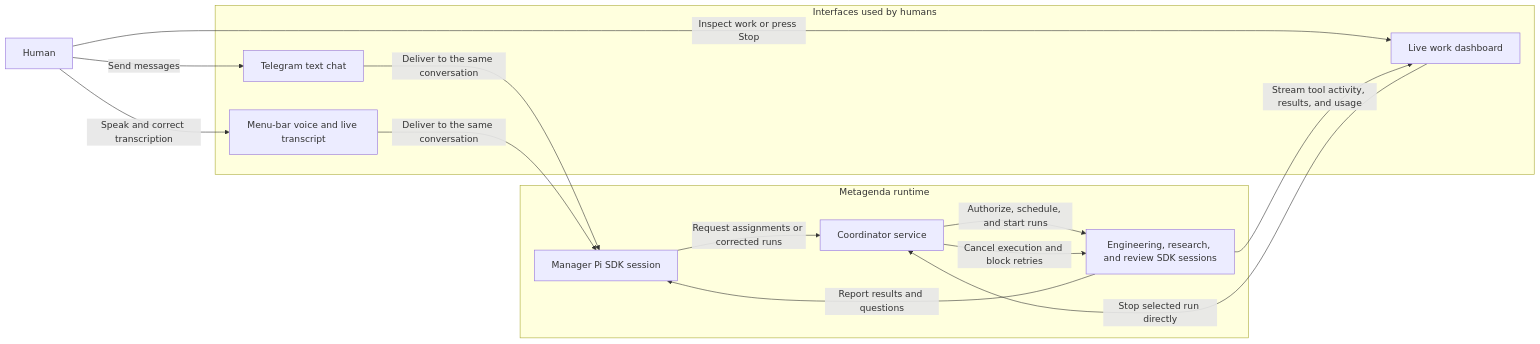
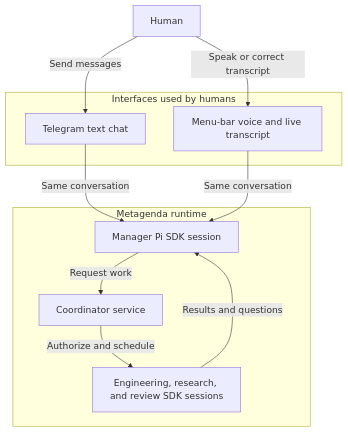
The first of 7 diagrams in SPEC.md (dataclique/metagenda), drawn with Mermaid before and after one commit. The commit also changed other lines of this file, not shown here.

Commit message:
compact conversation and stop-control diagrams

````diff
--- a/SPEC.md
+++ b/SPEC.md
@@ -77,25 +77,20 @@
 ```mermaid
-flowchart LR
+flowchart TB
     Human[Human]
     subgraph Interfaces[Interfaces used by humans]
         Telegram[Telegram text chat]
         Voice[Menu-bar voice and live transcript]
-        Dashboard[Live work dashboard]
     end
     subgraph Runtime[Metagenda runtime]
         Manager[Manager Pi SDK session]
         Coordinator[Coordinator service]
         Workers[Engineering, research, and review SDK sessions]
     end
     Human -->|Send messages| Telegram
-    Human -->|Speak and correct transcription| Voice
-    Telegram -->|Deliver to the same conversation| Manager
-    Voice -->|Deliver to the same conversation| Manager
-    Manager -->|Request assignments or corrected runs| Coordinator
-    Coordinator -->|Authorize, schedule, and start runs| Workers
-    Workers -->|Report results and questions| Manager
-    Human -->|Inspect work or press Stop| Dashboard
-    Workers -->|Stream tool activity, results, and usage| Dashboard
-    Dashboard -->|Stop selected run directly| Coordinator
-    Coordinator -->|Cancel execution and block retries| Workers
+    Human -->|Speak or correct transcript| Voice
+    Telegram -->|Same conversation| Manager
+    Voice -->|Same conversation| Manager
+    Manager -->|Request work| Coordinator
+    Coordinator -->|Authorize and schedule| Workers
+    Workers -->|Results and questions| Manager
 ```
````
